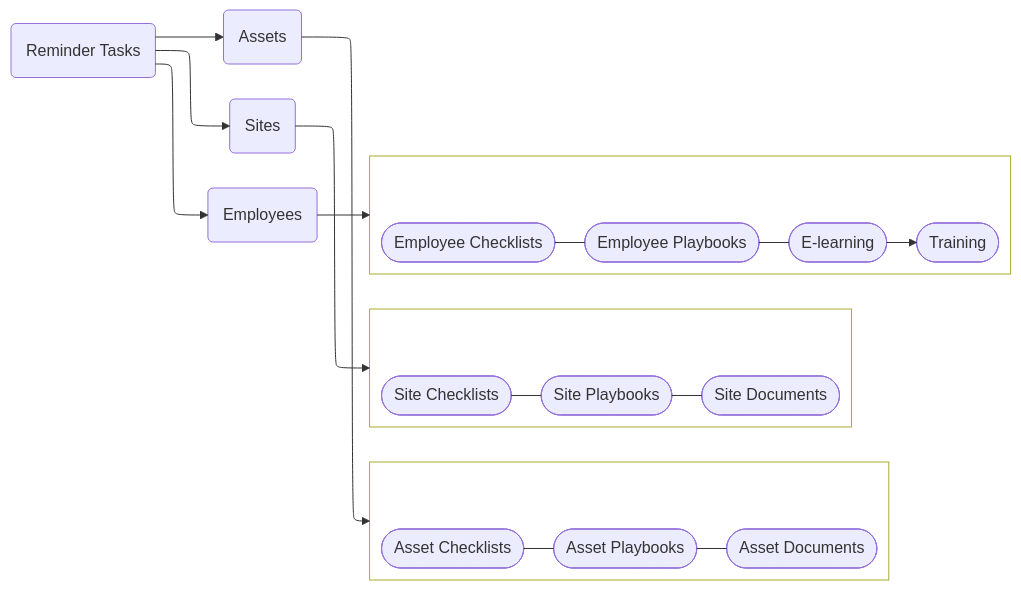
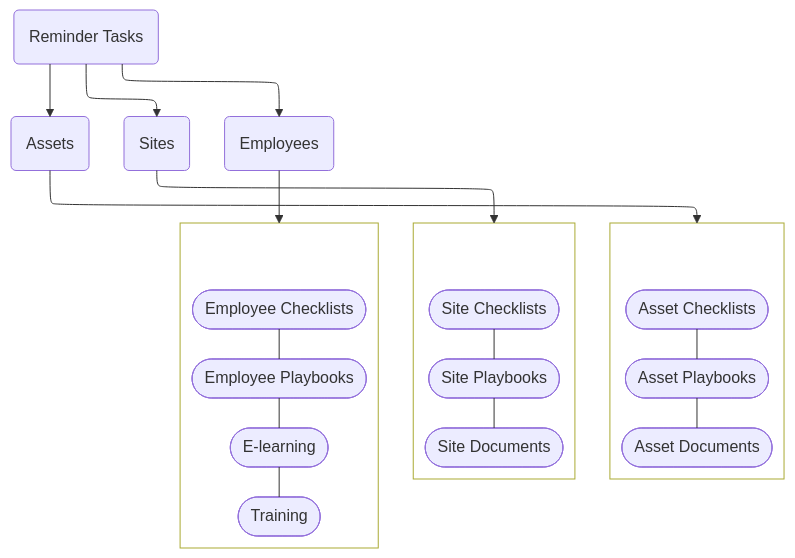
Before and after one commit to opus-safety/opus-knowledge-base: the first of 2 diagrams in docs/drafts/types-of-task.md, drawn with Mermaid.

Commit message:
Update types of task
Published via More Buttons Chrome Extension

````diff
--- a/docs/drafts/types-of-task.md
+++ b/docs/drafts/types-of-task.md
@@ -21,43 +21,42 @@
     ```mermaid
     ---
     config:
       layout: elk
     ---
-    flowchart LR
+    flowchart TB
      subgraph s1[" "]
             n5(["Asset Checklists"])
             n8(["Asset Playbooks"])
             n9(["Asset Documents"])
       end
      subgraph s4[" "]
             n10(["Site Checklists"])
             n11(["Site Playbooks"])
             n12(["Site Documents"])
       end
      subgraph s5[" "]
             n13(["Employee Checklists"])
             n14(["Employee Playbooks"])
             n15(["E-learning"])
             n16(["Training"])
       end
         A["Reminder Tasks"] --> n1["Assets"] & n2["Sites"] & n3["Employees"]
         n1 --> s1
         n5 --- n8
         n8 --- n9
         n10 --- n11
         n11 --- n12
         n2 --> s4
         n13 --- n14
         n14 --- n15
         n3 --> s5
-        n15 --> n16
+        n15 --- n16
 
         A@{ shape: rounded}
         n1@{ shape: rounded}
         n2@{ shape: rounded}
         n3@{ shape: rounded}
-
         style s1 fill:transparent
         style s4 fill:transparent
         style s5 fill:transparent
     ```
````
